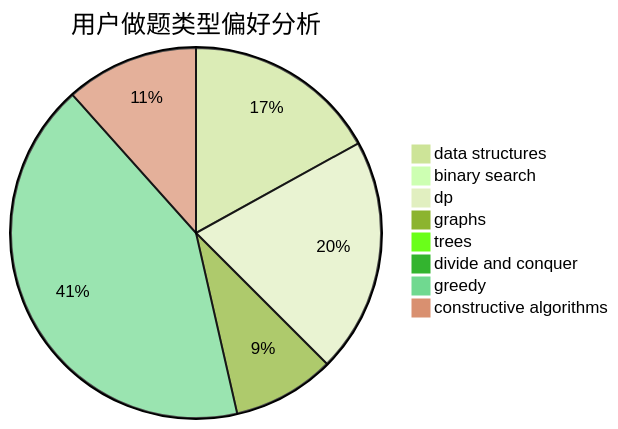
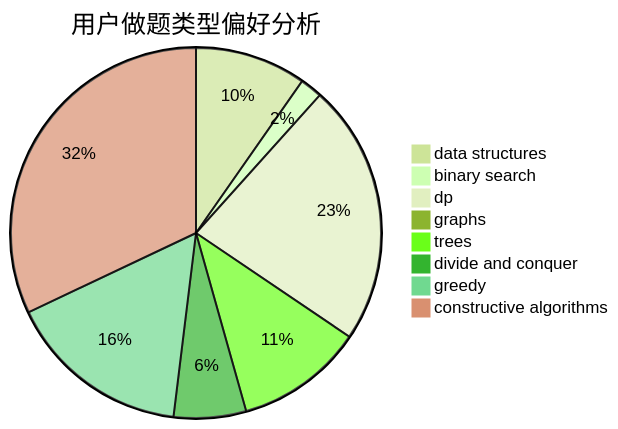
Before and after one commit to sherpahu/cfrs.github.io: the second of 3 diagrams in docs/user/u234.md, drawn with Mermaid (forest theme). The commit also changed other lines of this file and 2770 other files, not shown here.

````diff
--- a/docs/user/u234.md
+++ b/docs/user/u234.md
@@ -23,11 +23,11 @@
 ```mermaid
 pie title 用户做题类型偏好分析
-    "data structures" :  19
-    "binary search" :  1
-    "dp" :  23
-    "graphs" :  10
-    "trees" :  1
-    "divide and conquer" :  0
-    "greedy" :  47
-    "constructive algorithms" :  13
+    "data structures" :  20
+    "binary search" :  4
+    "dp" :  47
+    "graphs" :  0
+    "trees" :  23
+    "divide and conquer" :  13
+    "greedy" :  33
+    "constructive algorithms" :  66
 ```
````
